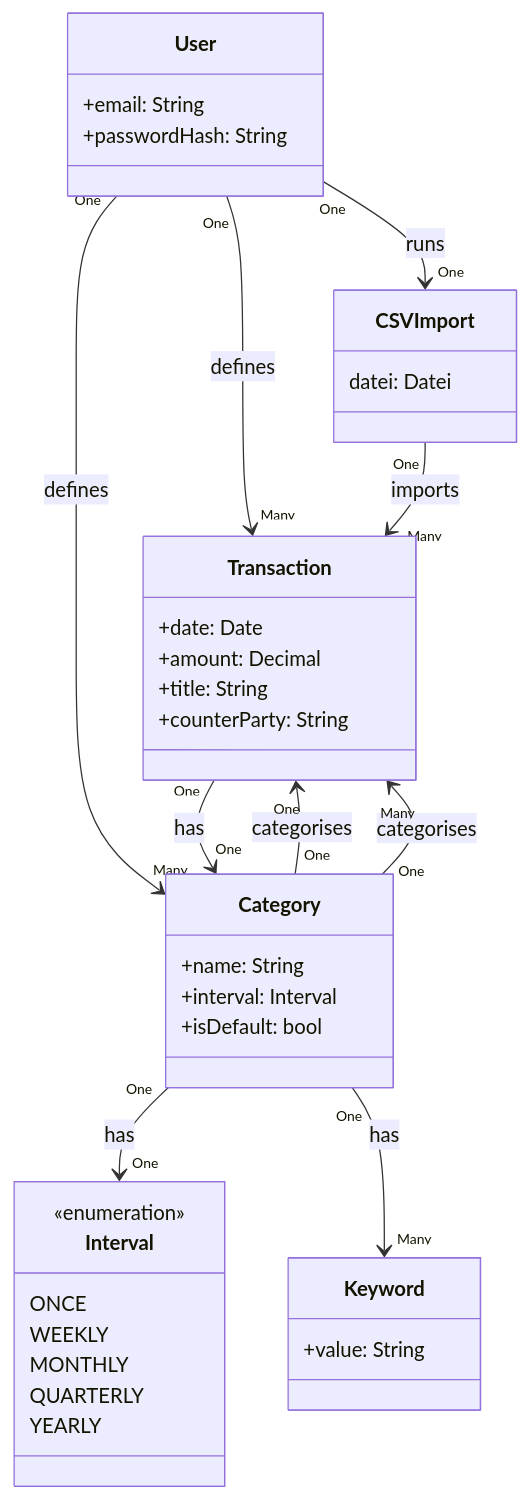
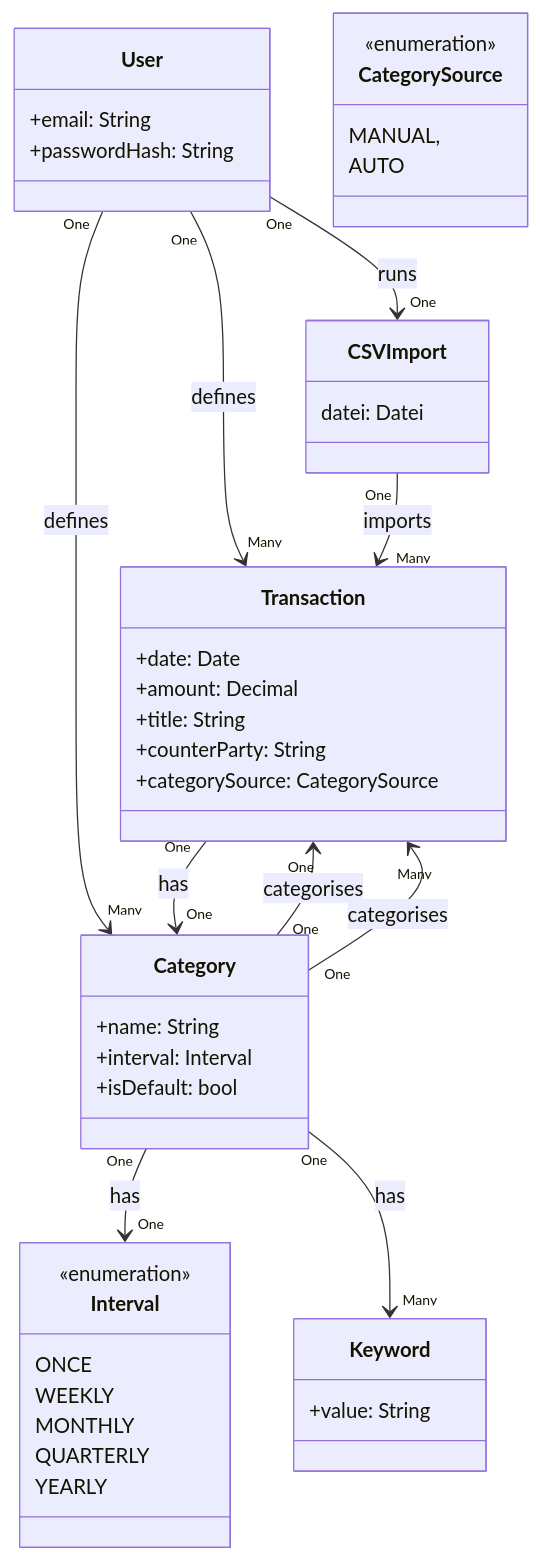
The diagram in Docs/backend/domain-model.md (MoritzLue24/Broke-Manager), drawn with Mermaid before and after one commit. The commit also changed 6 other files, not shown here.

````diff
--- a/Docs/backend/domain-model.md
+++ b/Docs/backend/domain-model.md
@@ -4,49 +4,56 @@
 ```mermaid
 classDiagram
     class User {
         +email: String
         +passwordHash: String
     }
 
     class Transaction {
         +date: Date
         +amount: Decimal
         +title: String
         +counterParty: String
+        +categorySource: CategorySource
+    }
+
+    class CategorySource {
+        <<enumeration>>
+        MANUAL,
+        AUTO
     }
 
     class Category {
         +name: String
         +interval: Interval
         +isDefault: bool
     }
 
     class Interval {
         <<enumeration>>
         ONCE
         WEEKLY
         MONTHLY
         QUARTERLY
         YEARLY
     }
 
     class Keyword {
         +value: String
     }
 
     class CSVImport {
         datei: Datei
     }
 
     User "One" --> "Many" Transaction : defines
     User "One" --> "Many" Category : defines
 
     Category "One" --> "One" Interval : has
     Category "One" --> "One" Transaction : categorises
     Category "One" --> "Many" Transaction : categorises
     Category "One" --> "Many" Keyword : has
 
     Transaction "One" --> "One" Category : has
     User "One" --> "One" CSVImport : runs
     CSVImport "One" --> "Many" Transaction : imports
 ```
````
